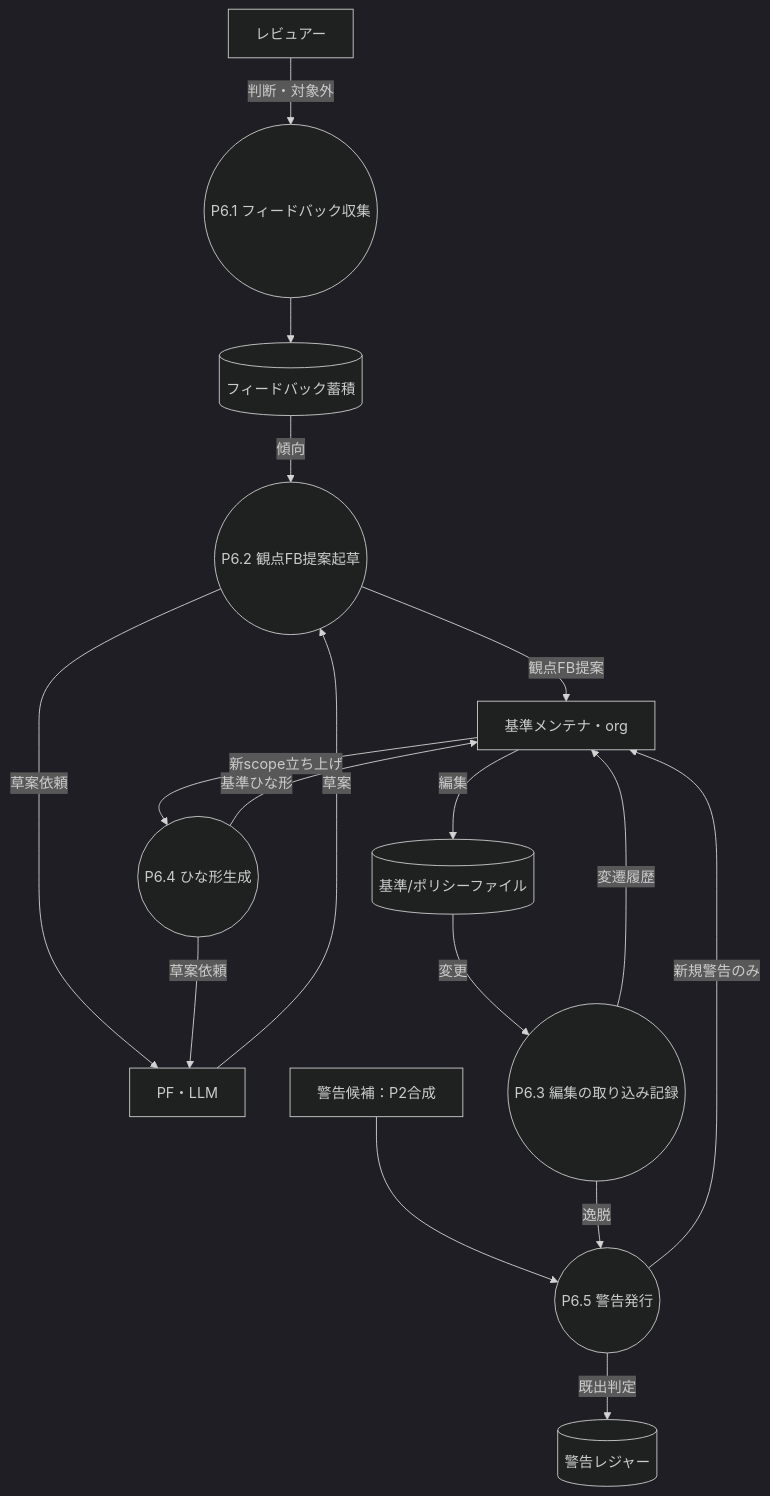
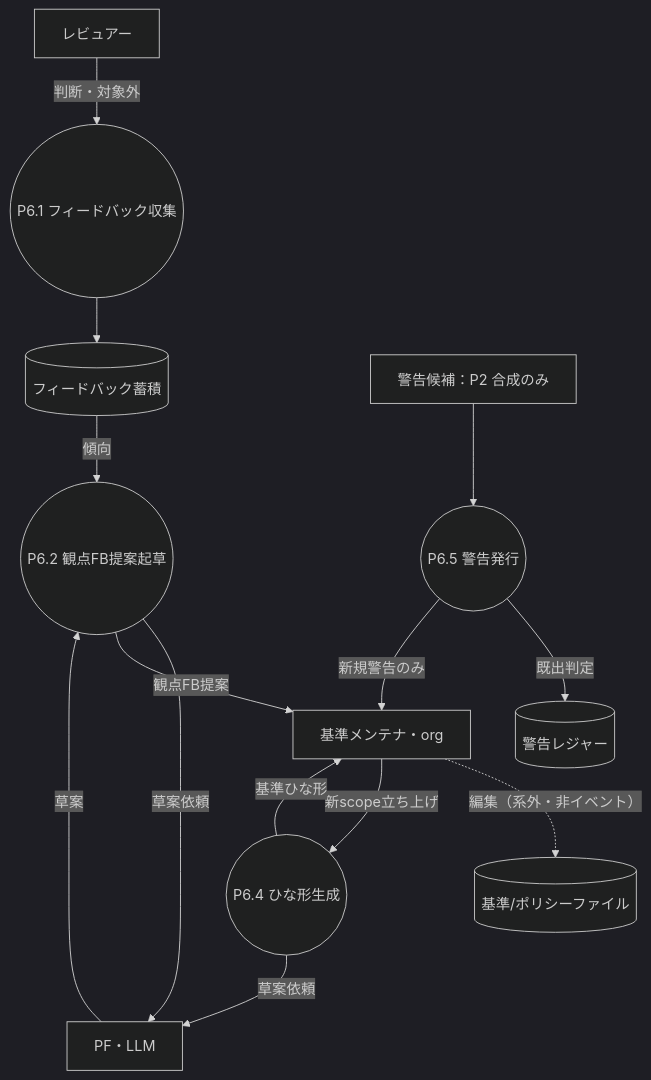
One commit to hiratashinnya/review-system changed the sixth of 26 diagrams in docs/process/02-decomposition.md. Above: the diagram before and after it, drawn with Mermaid (dark theme). The commit also changed other lines of this file and 3 other files, not shown here.

````diff
--- a/docs/process/02-decomposition.md
+++ b/docs/process/02-decomposition.md
@@ -252,30 +252,26 @@
 ```mermaid
 flowchart TB
   Reviewer[レビュアー]
   Maintainer[基準メンテナ・org]
   PF[PF・LLM]
   DS1[(基準/ポリシーファイル)]
   DS4[(警告レジャー)]
   DS5[(フィードバック蓄積)]
   P61((P6.1 フィードバック収集))
   P62((P6.2 観点FB提案起草))
-  P63((P6.3 編集の取り込み記録))
   P64((P6.4 ひな形生成))
   P65((P6.5 警告発行))
   Reviewer -->|判断・対象外| P61
   P61 --> DS5
   DS5 -->|傾向| P62
   P62 -->|草案依頼| PF
   PF -->|草案| P62
   P62 -->|観点FB提案| Maintainer
-  Maintainer -->|編集| DS1
-  DS1 -->|変更| P63
-  P63 -->|変遷履歴| Maintainer
+  Maintainer -.->|編集（系外・非イベント）| DS1
   Maintainer -->|新scope立ち上げ| P64
   P64 -->|草案依頼| PF
   P64 -->|基準ひな形| Maintainer
-  WARNIN[警告候補：P2合成] --> P65
-  P63 -->|逸脱| P65
+  WARNIN[警告候補：P2 合成のみ] --> P65
   P65 -->|既出判定| DS4
   P65 -->|新規警告のみ| Maintainer
 ```
````
